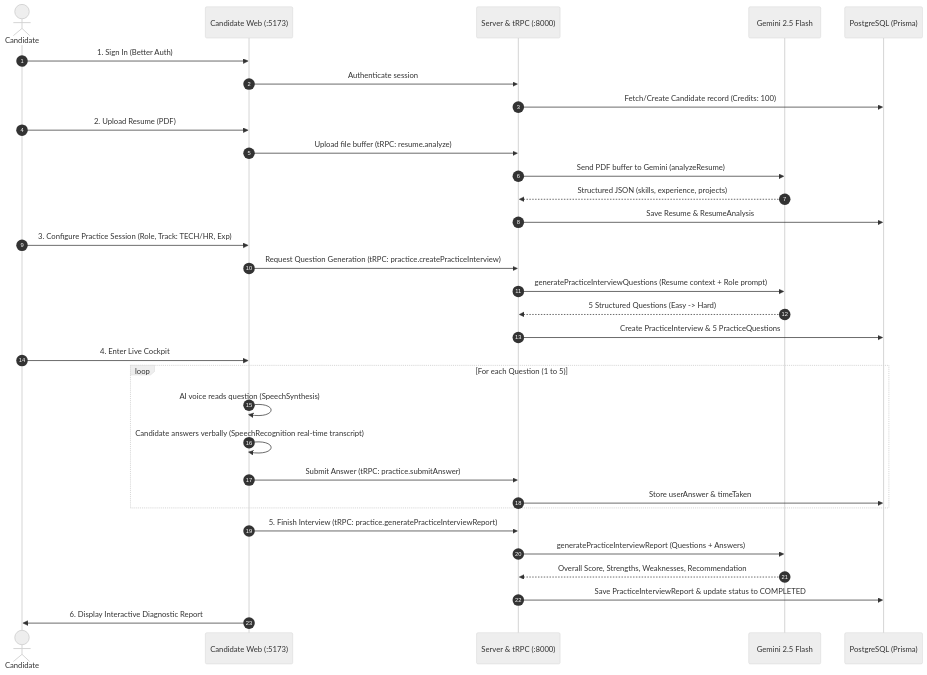
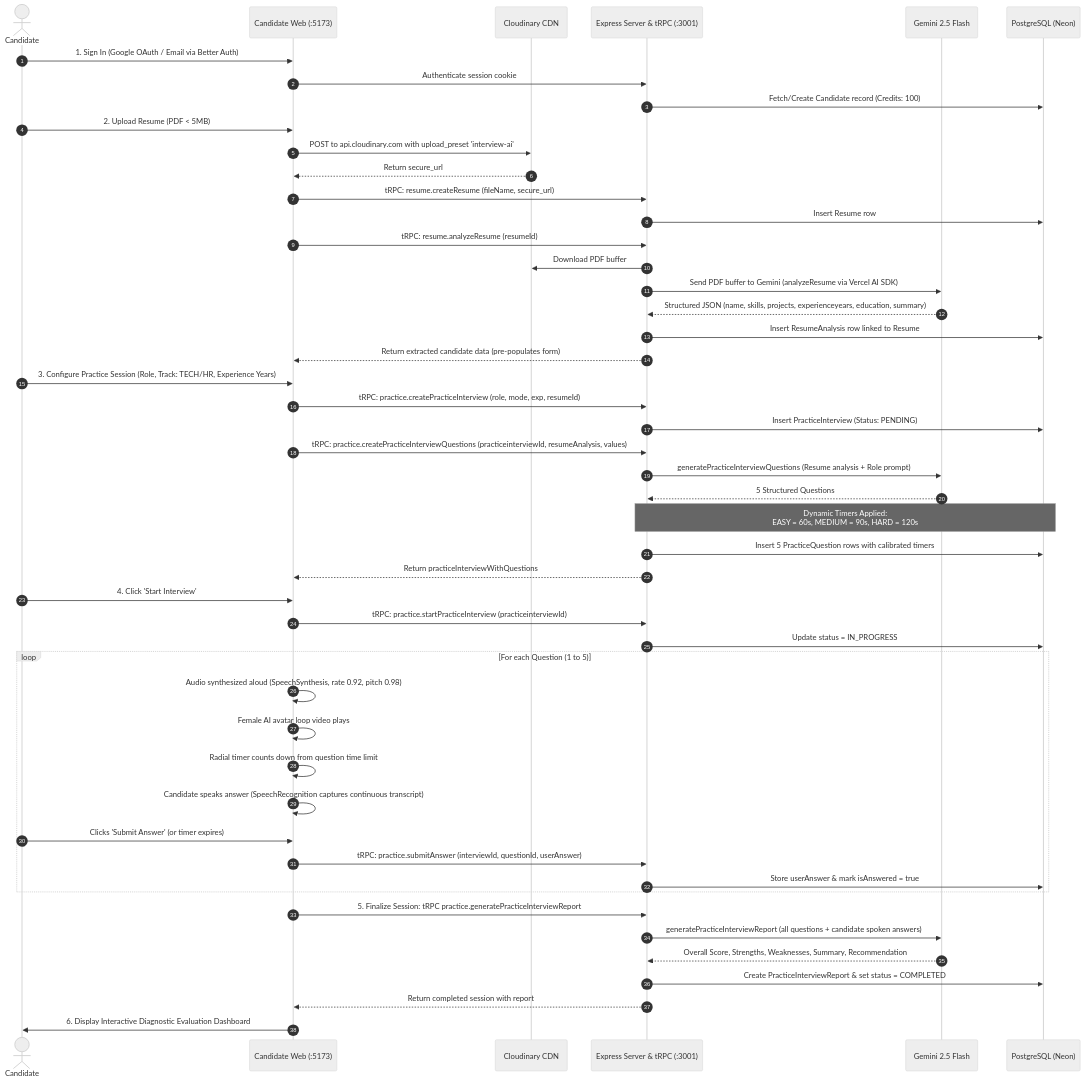
Before and after one commit to Suyog241005/interview.ai: the first of 4 diagrams in docs/workflows.md, drawn with Mermaid (neutral theme). The commit also changed other lines of this file and 10 other files, not shown here.

````diff
--- a/docs/workflows.md
+++ b/docs/workflows.md
@@ -11,39 +11,57 @@
 ```mermaid
 sequenceDiagram
     autonumber
     actor Candidate
     participant CW as Candidate Web (:5173)
-    participant SRV as Server & tRPC (:8000)
+    participant CLOUD as Cloudinary CDN
+    participant SRV as Express Server & tRPC (:3001)
     participant AI as Gemini 2.5 Flash
-    participant DB as PostgreSQL (Prisma)
+    participant DB as PostgreSQL (Neon)
 
-    Candidate->>CW: 1. Sign In (Better Auth)
-    CW->>SRV: Authenticate session
+    Candidate->>CW: 1. Sign In (Google OAuth / Email via Better Auth)
+    CW->>SRV: Authenticate session cookie
     SRV->>DB: Fetch/Create Candidate record (Credits: 100)
 
-    Candidate->>CW: 2. Upload Resume (PDF)
-    CW->>SRV: Upload file buffer (tRPC: resume.analyze)
-    SRV->>AI: Send PDF buffer to Gemini (analyzeResume)
-    AI-->>SRV: Structured JSON (skills, experience, projects)
-    SRV->>DB: Save Resume & ResumeAnalysis
+    Candidate->>CW: 2. Upload Resume (PDF < 5MB)
+    CW->>CLOUD: POST to api.cloudinary.com with upload_preset 'interview-ai'
+    CLOUD-->>CW: Return secure_url
+    CW->>SRV: tRPC: resume.createResume (fileName, secure_url)
+    SRV->>DB: Insert Resume row
+    CW->>SRV: tRPC: resume.analyzeResume (resumeId)
+    SRV->>CLOUD: Download PDF buffer
+    SRV->>AI: Send PDF buffer to Gemini (analyzeResume via Vercel AI SDK)
+    AI-->>SRV: Structured JSON (name, skills, projects, experienceyears, education, summary)
+    SRV->>DB: Insert ResumeAnalysis row linked to Resume
+    SRV-->>CW: Return extracted candidate data (pre-populates form)
 
-    Candidate->>CW: 3. Configure Practice Session (Role, Track: TECH/HR, Exp)
-    CW->>SRV: Request Question Generation (tRPC: practice.createPracticeInterview)
-    SRV->>AI: generatePracticeInterviewQuestions (Resume context + Role prompt)
-    AI-->>SRV: 5 Structured Questions (Easy -> Hard)
-    SRV->>DB: Create PracticeInterview & 5 PracticeQuestions
+    Candidate->>CW: 3. Configure Practice Session (Role, Track: TECH/HR, Experience Years)
+    CW->>SRV: tRPC: practice.createPracticeInterview (role, mode, exp, resumeId)
+    SRV->>DB: Insert PracticeInterview (Status: PENDING)
+    CW->>SRV: tRPC: practice.createPracticeInterviewQuestions (practiceinterviewId, resumeAnalysis, values)
+    SRV->>AI: generatePracticeInterviewQuestions (Resume analysis + Role prompt)
+    AI-->>SRV: 5 Structured Questions
+    Note over SRV,DB: Dynamic Timers Applied:<br/>EASY = 60s, MEDIUM = 90s, HARD = 120s
+    SRV->>DB: Insert 5 PracticeQuestion rows with calibrated timers
+    SRV-->>CW: Return practiceInterviewWithQuestions
 
-    Candidate->>CW: 4. Enter Live Cockpit
+    Candidate->>CW: 4. Click 'Start Interview'
+    CW->>SRV: tRPC: practice.startPracticeInterview (practiceinterviewId)
+    SRV->>DB: Update status = IN_PROGRESS
+
     loop For each Question (1 to 5)
-        CW->>CW: AI voice reads question (SpeechSynthesis)
-        CW->>CW: Candidate answers verbally (SpeechRecognition real-time transcript)
-        CW->>SRV: Submit Answer (tRPC: practice.submitAnswer)
-        SRV->>DB: Store userAnswer & timeTaken
+        CW->>CW: Audio synthesized aloud (SpeechSynthesis, rate 0.92, pitch 0.98)
+        CW->>CW: Female AI avatar loop video plays
+        CW->>CW: Radial timer counts down from question time limit
+        CW->>CW: Candidate speaks answer (SpeechRecognition captures continuous transcript)
+        Candidate->>CW: Clicks 'Submit Answer' (or timer expires)
+        CW->>SRV: tRPC: practice.submitAnswer (interviewId, questionId, userAnswer)
+        SRV->>DB: Store userAnswer & mark isAnswered = true
     end
 
-    CW->>SRV: 5. Finish Interview (tRPC: practice.generatePracticeInterviewReport)
-    SRV->>AI: generatePracticeInterviewReport (Questions + Answers)
-    AI-->>SRV: Overall Score, Strengths, Weaknesses, Recommendation
-    SRV->>DB: Save PracticeInterviewReport & update status to COMPLETED
-    CW->>Candidate: 6. Display Interactive Diagnostic Report
+    CW->>SRV: 5. Finalize Session: tRPC practice.generatePracticeInterviewReport
+    SRV->>AI: generatePracticeInterviewReport (all questions + candidate spoken answers)
+    AI-->>SRV: Overall Score, Strengths, Weaknesses, Summary, Recommendation
+    SRV->>DB: Create PracticeInterviewReport & set status = COMPLETED
+    SRV-->>CW: Return completed session with report
+    CW->>Candidate: 6. Display Interactive Diagnostic Evaluation Dashboard
 ```
````
